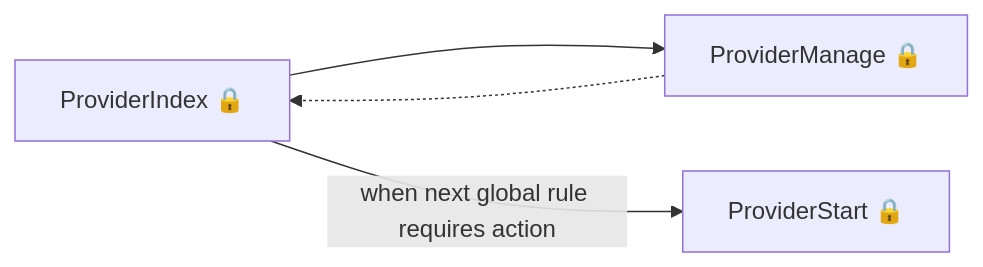
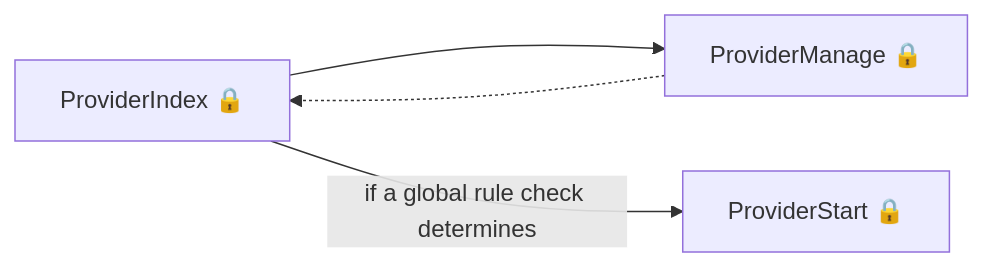
One commit to talentconsulting/atlas-dfe changed the third of 4 diagrams in das-reservations/user-journeys/user-journeys.md. Above: the diagram before and after it, drawn with Mermaid. The commit also changed other lines of this file and 1 other file, not shown here.

````diff
--- a/das-reservations/user-journeys/user-journeys.md
+++ b/das-reservations/user-journeys/user-journeys.md
@@ -35,6 +35,6 @@
 ```mermaid
 flowchart LR
   p0["ProviderIndex 🔒"] --> p1["ProviderManage 🔒"]
   p1["ProviderManage 🔒"] -.-> p0["ProviderIndex 🔒"]
-  p0["ProviderIndex 🔒"] -->|"when next global rule requires action"| p2["ProviderStart 🔒"]
+  p0["ProviderIndex 🔒"] -->|"if a global rule check determines"| p2["ProviderStart 🔒"]
 ```
````
